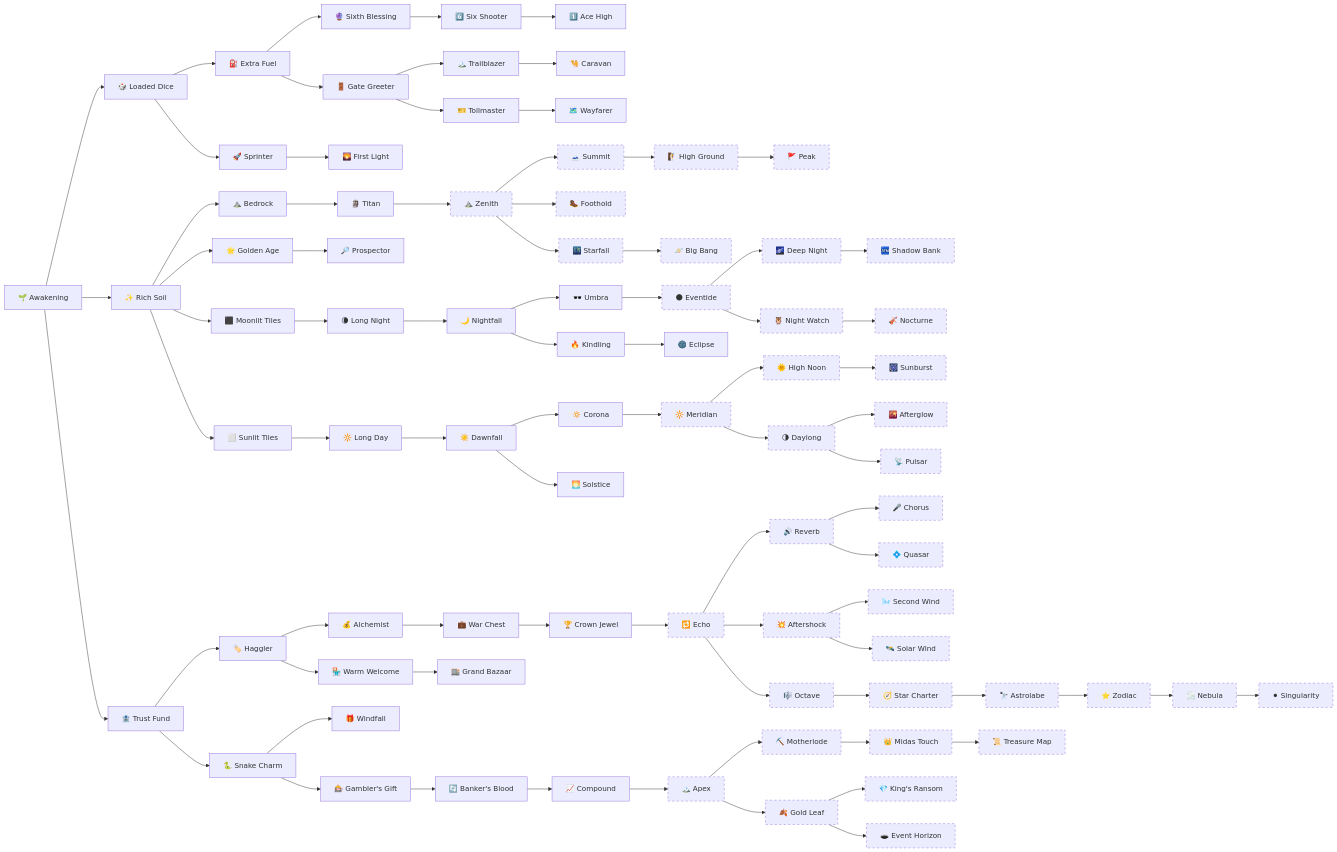
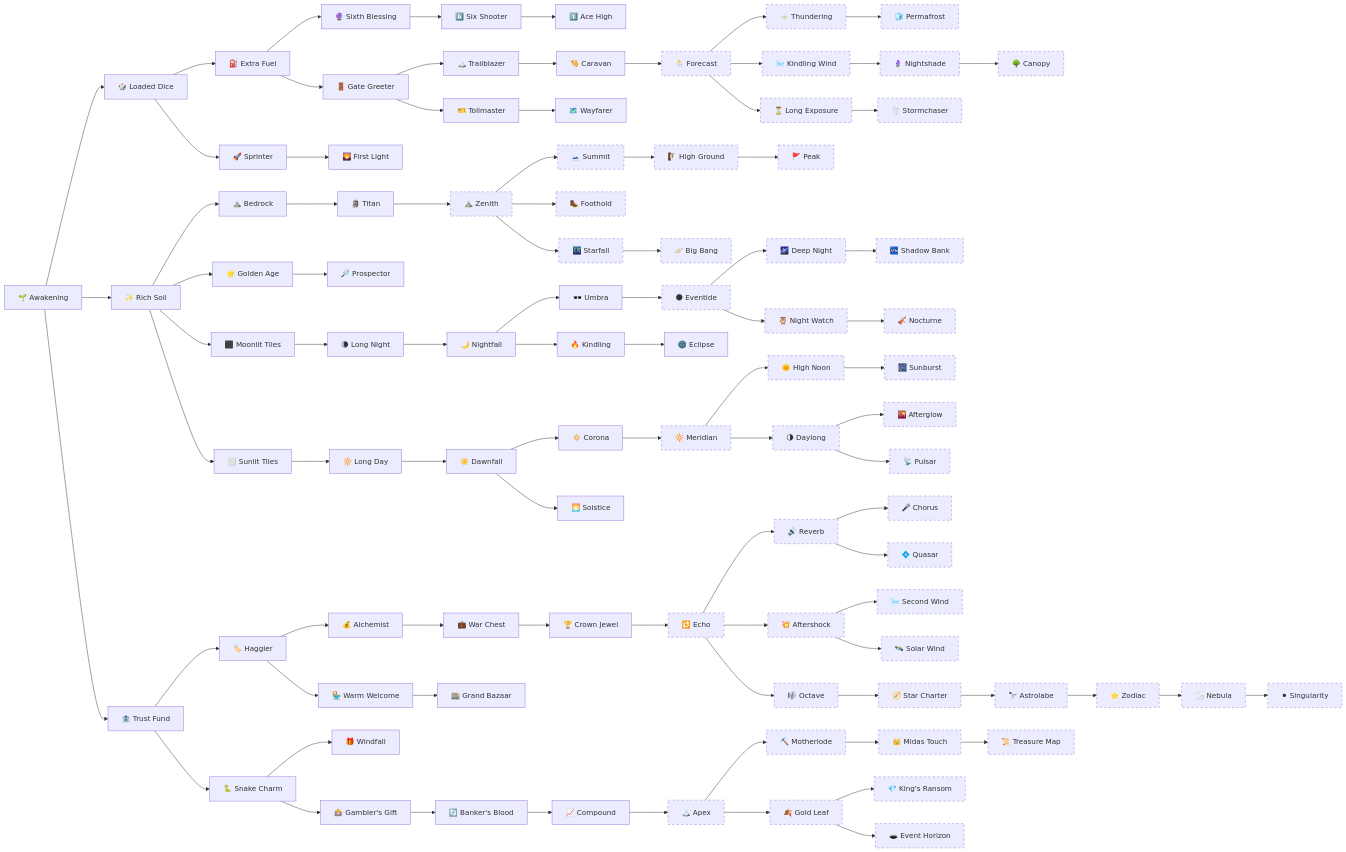
One commit to WindingDuke77/amethyst-arcade-wiki changed the diagram in docs/rogue-roller/meta-tree.md. Above: the diagram before and after it, drawn with Mermaid. The commit also changed other lines of this file and 57 other files, not shown here.

````diff
--- a/docs/rogue-roller/meta-tree.md
+++ b/docs/rogue-roller/meta-tree.md
@@ -87,6 +87,14 @@
     n_midas["👑 Midas Touch"]
     n_kingsRansom["💎 King's Ransom"]
     n_treasureMap["📜 Treasure Map"]
+    n_forecast["🌦️ Forecast"]
+    n_thundering["🌩️ Thundering"]
+    n_permafrost["🧊 Permafrost"]
+    n_kindlingWind["🌬️ Kindling Wind"]
+    n_nightshade["🪻 Nightshade"]
+    n_canopy["🌳 Canopy"]
+    n_longExposure["⏳ Long Exposure"]
+    n_stormchaser["🌪️ Stormchaser"]
     n_starfall["🌃 Starfall"]
     n_solarWind["🛰️ Solar Wind"]
     n_constellation["⭐ Zodiac"]
@@ -165,6 +173,14 @@
     n_motherlode --> n_midas
     n_goldLeaf --> n_kingsRansom
     n_midas --> n_treasureMap
+    n_caravan --> n_forecast
+    n_forecast --> n_thundering
+    n_thundering --> n_permafrost
+    n_forecast --> n_kindlingWind
+    n_kindlingWind --> n_nightshade
+    n_nightshade --> n_canopy
+    n_forecast --> n_longExposure
+    n_longExposure --> n_stormchaser
     n_zenith --> n_starfall
     n_aftershock --> n_solarWind
     n_stargazer --> n_constellation
@@ -175,5 +191,5 @@
     n_goldLeaf --> n_eventHorizon
     n_nebula --> n_singularity
     classDef ascend stroke-dasharray: 5 5
-    class n_echo,n_reverb,n_aftershock,n_octave,n_starCharter,n_stargazer,n_secondWind,n_chorus,n_zenith,n_summit,n_foothold,n_highGround,n_peak,n_eventide,n_deepNight,n_nightWatch,n_shadowBank,n_nocturne,n_meridian,n_highNoon,n_daylong,n_sunburst,n_afterglow,n_apex,n_motherlode,n_goldLeaf,n_midas,n_kingsRansom,n_treasureMap,n_starfall,n_solarWind,n_constellation,n_pulsar,n_quasar,n_nebula,n_bigBang,n_eventHorizon,n_singularity ascend
+    class n_echo,n_reverb,n_aftershock,n_octave,n_starCharter,n_stargazer,n_secondWind,n_chorus,n_zenith,n_summit,n_foothold,n_highGround,n_peak,n_eventide,n_deepNight,n_nightWatch,n_shadowBank,n_nocturne,n_meridian,n_highNoon,n_daylong,n_sunburst,n_afterglow,n_apex,n_motherlode,n_goldLeaf,n_midas,n_kingsRansom,n_treasureMap,n_forecast,n_thundering,n_permafrost,n_kindlingWind,n_nightshade,n_canopy,n_longExposure,n_stormchaser,n_starfall,n_solarWind,n_constellation,n_pulsar,n_quasar,n_nebula,n_bigBang,n_eventHorizon,n_singularity ascend
 ```
````
